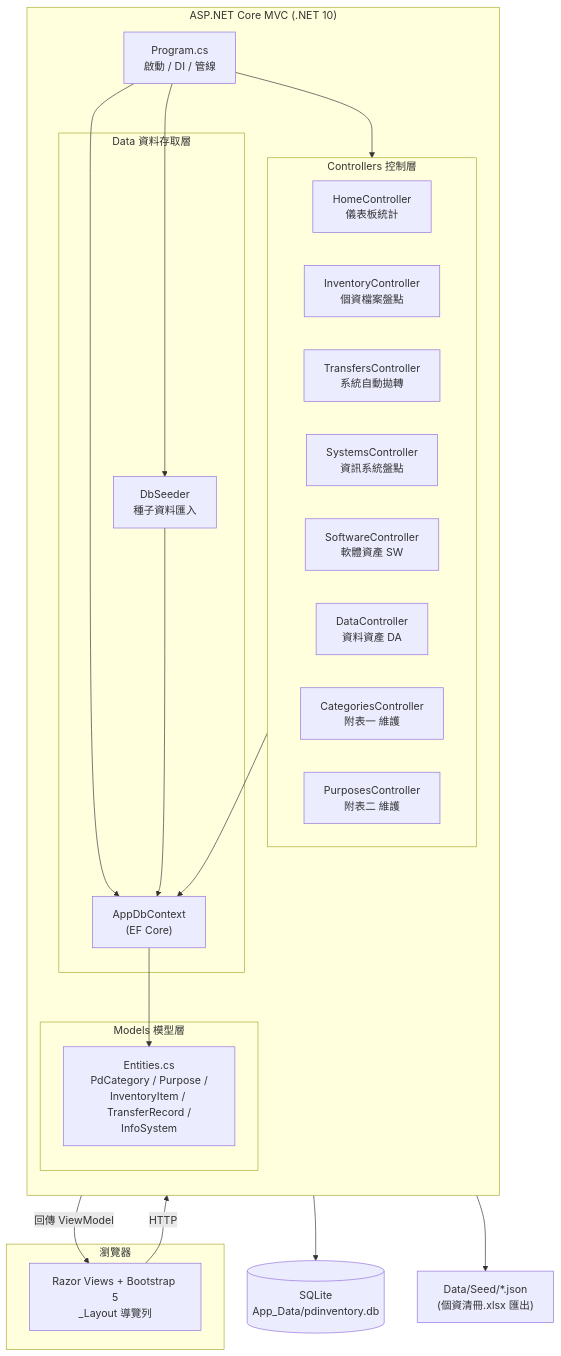
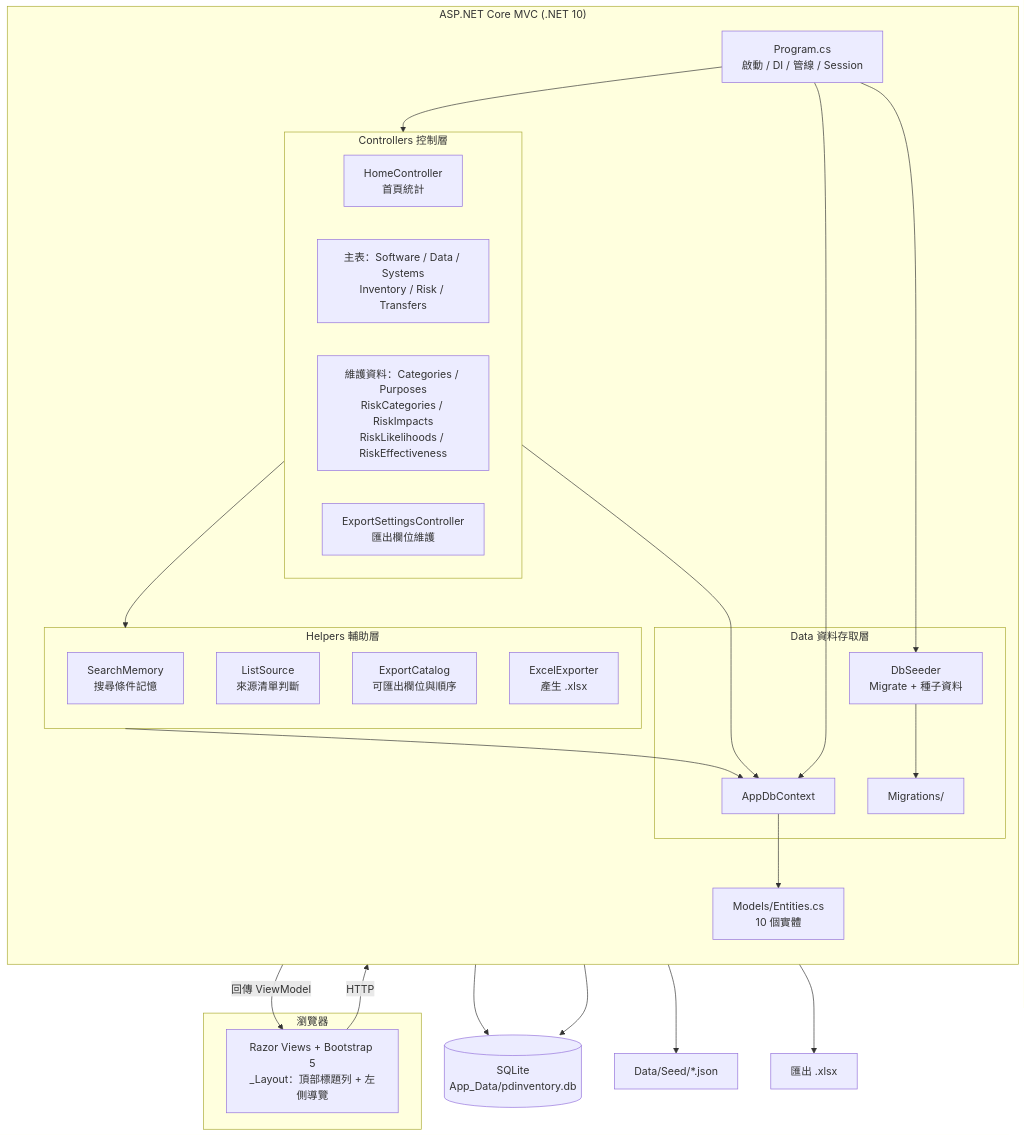
Before and after one commit to jason9470/PdInventory: the first of 2 diagrams in PdInventory/docs/架構文件.md, drawn with Mermaid. The commit also changed other lines of this file and 27 other files, not shown here.

````diff
--- a/PdInventory/docs/架構文件.md
+++ b/PdInventory/docs/架構文件.md
@@ -40,45 +46,52 @@
 ```mermaid
 graph TD
     subgraph Client["瀏覽器"]
-        UI["Razor Views + Bootstrap 5<br/>_Layout 導覽列"]
+        UI["Razor Views + Bootstrap 5<br/>_Layout：頂部標題列 + 左側導覽"]
     end
 
     subgraph Web["ASP.NET Core MVC (.NET 10)"]
         direction TB
-        Program["Program.cs<br/>啟動 / DI / 管線"]
+        Program["Program.cs<br/>啟動 / DI / 管線 / Session"]
 
         subgraph Controllers["Controllers 控制層"]
-            Home["HomeController<br/>儀表板統計"]
-            Inv["InventoryController<br/>個資檔案盤點"]
-            Trans["TransfersController<br/>系統自動拋轉"]
-            Sys["SystemsController<br/>資訊系統盤點"]
-            SW["SoftwareController<br/>軟體資產 SW"]
-            DA["DataController<br/>資料資產 DA"]
-            Cat["CategoriesController<br/>附表一 維護"]
-            Pur["PurposesController<br/>附表二 維護"]
+            Home["HomeController<br/>首頁統計"]
+            Main["主表：Software / Data / Systems<br/>Inventory / Risk / Transfers"]
+            Lookup["維護資料：Categories / Purposes<br/>RiskCategories / RiskImpacts<br/>RiskLikelihoods / RiskEffectiveness"]
+            Export["ExportSettingsController<br/>匯出欄位維護"]
+        end
+
+        subgraph Helpers["Helpers 輔助層"]
+            SM["SearchMemory<br/>搜尋條件記憶"]
+            LS["ListSource<br/>來源清單判斷"]
+            EC["ExportCatalog<br/>可匯出欄位與順序"]
+            EE["ExcelExporter<br/>產生 .xlsx"]
         end
 
         subgraph DataLayer["Data 資料存取層"]
-            Ctx["AppDbContext<br/>(EF Core)"]
-            Seeder["DbSeeder<br/>種子資料匯入"]
+            Ctx["AppDbContext"]
+            Seeder["DbSeeder<br/>Migrate + 種子資料"]
+            Mig["Migrations/"]
         end
 
-        subgraph Models["Models 模型層"]
-            Ent["Entities.cs<br/>PdCategory / Purpose /<br/>InventoryItem / TransferRecord /<br/>InfoSystem"]
-        end
+        Ent["Models/Entities.cs<br/>10 個實體"]
     end
 
     DB[("SQLite<br/>App_Data/pdinventory.db")]
-    Seed["Data/Seed/*.json<br/>(個資清冊.xlsx 匯出)"]
+    Seed["Data/Seed/*.json"]
+    XLSX["匯出 .xlsx"]
 
     UI -->|HTTP| Controllers
     Program --> Controllers
     Program --> Ctx
     Program --> Seeder
+    Controllers --> Helpers
     Controllers --> Ctx
+    Helpers --> Ctx
     Ctx --> Ent
     Ctx --> DB
-    Seeder --> Ctx
+    Seeder --> Mig
     Seeder --> Seed
+    Mig --> DB
+    EE --> XLSX
     Controllers -->|回傳 ViewModel| UI
 ```
````
